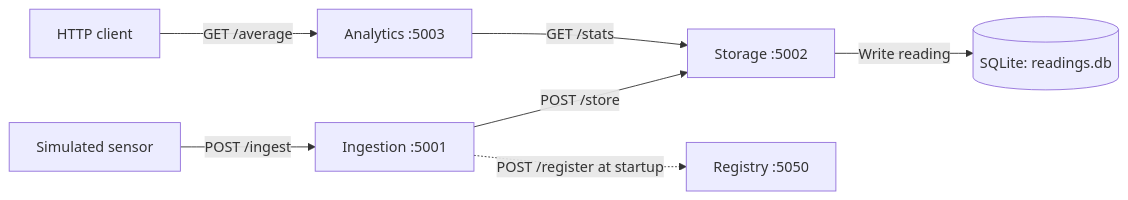
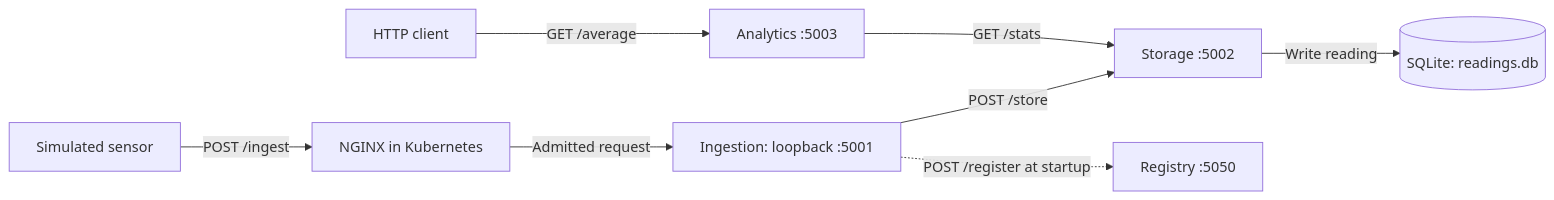
The first of 5 diagrams in README.md (tfdmendes/ssle-threat-monitoring), drawn with Mermaid before and after one commit. The commit also changed other lines of this file and 7 other files, not shown here.

First line of the commit message:
feat(ingestion): route POST requests through NGINX

````diff
--- a/README.md
+++ b/README.md
@@ -9,9 +9,10 @@
 ```mermaid
 flowchart LR
-    Sensor["Simulated sensor"] -->|"POST /ingest"| Ingestion["Ingestion :5001"]
+    Sensor["Simulated sensor"] -->|"POST /ingest"| Proxy["NGINX in Kubernetes"]
+    Proxy -->|"Admitted request"| Ingestion["Ingestion: loopback :5001"]
     Ingestion -->|"POST /store"| Storage["Storage :5002"]
     Storage -->|"Write reading"| DB[("SQLite: readings.db")]
     Client["HTTP client"] -->|"GET /average"| Analytics["Analytics :5003"]
     Analytics -->|"GET /stats"| Storage
     Ingestion -.->|"POST /register at startup"| Registry["Registry :5050"]
 ```
````
